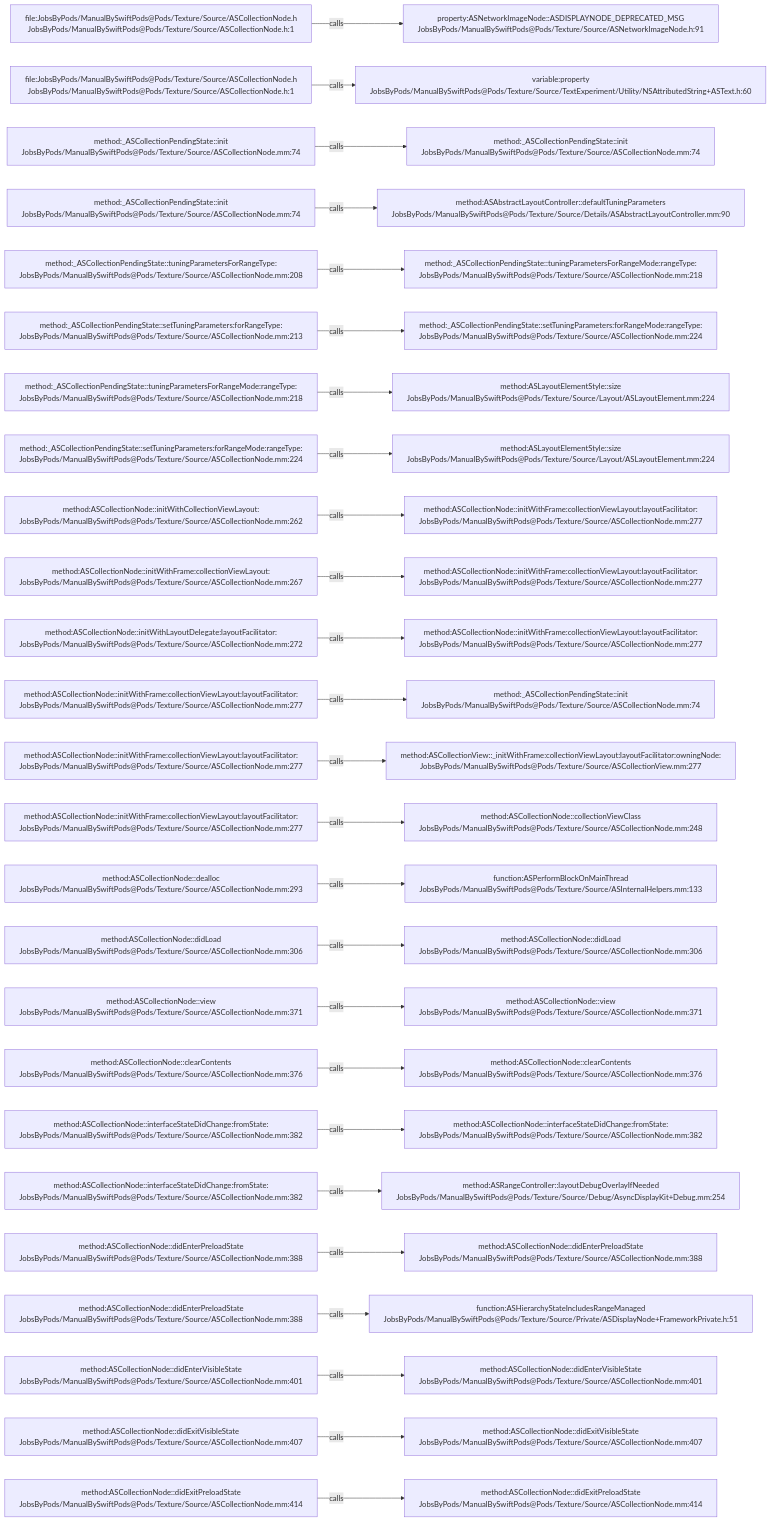
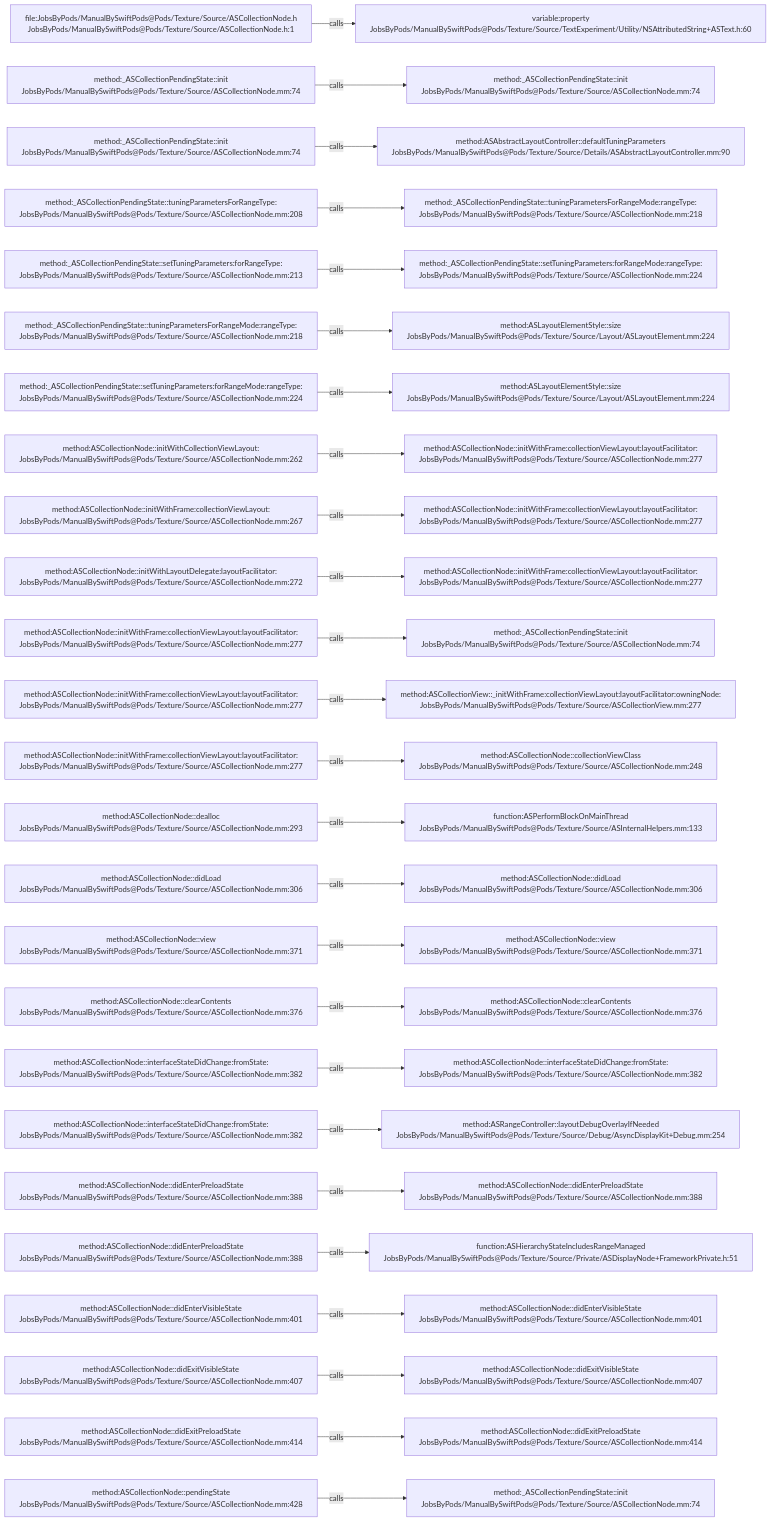
Before and after one commit to JobsKits/JobsSwiftBaseConfigDemo: the diagram in .codegraph/codegraph.md/graphs/calls-007.md, drawn with Mermaid. The commit also changed 747 other files, not shown here.

````diff
--- a/.codegraph/codegraph.md/graphs/calls-007.md
+++ b/.codegraph/codegraph.md/graphs/calls-007.md
@@ -13,78 +13,78 @@
 ```mermaid
 flowchart LR
   S1["file:JobsByPods/ManualBySwiftPods@Pods/Texture/Source/ASCollectionNode.h<br/>JobsByPods/ManualBySwiftPods@Pods/Texture/Source/ASCollectionNode.h:1"]
-  T1["property:ASNetworkImageNode::ASDISPLAYNODE_DEPRECATED_MSG<br/>JobsByPods/ManualBySwiftPods@Pods/Texture/Source/ASNetworkImageNode.h:91"]
+  T1["variable:property<br/>JobsByPods/ManualBySwiftPods@Pods/Texture/Source/TextExperiment/Utility/NSAttributedString+ASText.h:60"]
   S1 -->|calls| T1
-  S2["file:JobsByPods/ManualBySwiftPods@Pods/Texture/Source/ASCollectionNode.h<br/>JobsByPods/ManualBySwiftPods@Pods/Texture/Source/ASCollectionNode.h:1"]
-  T2["variable:property<br/>JobsByPods/ManualBySwiftPods@Pods/Texture/Source/TextExperiment/Utility/NSAttributedString+ASText.h:60"]
+  S2["method:_ASCollectionPendingState::init<br/>JobsByPods/ManualBySwiftPods@Pods/Texture/Source/ASCollectionNode.mm:74"]
+  T2["method:_ASCollectionPendingState::init<br/>JobsByPods/ManualBySwiftPods@Pods/Texture/Source/ASCollectionNode.mm:74"]
   S2 -->|calls| T2
   S3["method:_ASCollectionPendingState::init<br/>JobsByPods/ManualBySwiftPods@Pods/Texture/Source/ASCollectionNode.mm:74"]
-  T3["method:_ASCollectionPendingState::init<br/>JobsByPods/ManualBySwiftPods@Pods/Texture/Source/ASCollectionNode.mm:74"]
+  T3["method:ASAbstractLayoutController::defaultTuningParameters<br/>JobsByPods/ManualBySwiftPods@Pods/Texture/Source/Details/ASAbstractLayoutController.mm:90"]
   S3 -->|calls| T3
-  S4["method:_ASCollectionPendingState::init<br/>JobsByPods/ManualBySwiftPods@Pods/Texture/Source/ASCollectionNode.mm:74"]
-  T4["method:ASAbstractLayoutController::defaultTuningParameters<br/>JobsByPods/ManualBySwiftPods@Pods/Texture/Source/Details/ASAbstractLayoutController.mm:90"]
+  S4["method:_ASCollectionPendingState::tuningParametersForRangeType:<br/>JobsByPods/ManualBySwiftPods@Pods/Texture/Source/ASCollectionNode.mm:208"]
+  T4["method:_ASCollectionPendingState::tuningParametersForRangeMode:rangeType:<br/>JobsByPods/ManualBySwiftPods@Pods/Texture/Source/ASCollectionNode.mm:218"]
   S4 -->|calls| T4
-  S5["method:_ASCollectionPendingState::tuningParametersForRangeType:<br/>JobsByPods/ManualBySwiftPods@Pods/Texture/Source/ASCollectionNode.mm:208"]
-  T5["method:_ASCollectionPendingState::tuningParametersForRangeMode:rangeType:<br/>JobsByPods/ManualBySwiftPods@Pods/Texture/Source/ASCollectionNode.mm:218"]
+  S5["method:_ASCollectionPendingState::setTuningParameters:forRangeType:<br/>JobsByPods/ManualBySwiftPods@Pods/Texture/Source/ASCollectionNode.mm:213"]
+  T5["method:_ASCollectionPendingState::setTuningParameters:forRangeMode:rangeType:<br/>JobsByPods/ManualBySwiftPods@Pods/Texture/Source/ASCollectionNode.mm:224"]
   S5 -->|calls| T5
-  S6["method:_ASCollectionPendingState::setTuningParameters:forRangeType:<br/>JobsByPods/ManualBySwiftPods@Pods/Texture/Source/ASCollectionNode.mm:213"]
-  T6["method:_ASCollectionPendingState::setTuningParameters:forRangeMode:rangeType:<br/>JobsByPods/ManualBySwiftPods@Pods/Texture/Source/ASCollectionNode.mm:224"]
+  S6["method:_ASCollectionPendingState::tuningParametersForRangeMode:rangeType:<br/>JobsByPods/ManualBySwiftPods@Pods/Texture/Source/ASCollectionNode.mm:218"]
+  T6["method:ASLayoutElementStyle::size<br/>JobsByPods/ManualBySwiftPods@Pods/Texture/Source/Layout/ASLayoutElement.mm:224"]
   S6 -->|calls| T6
-  S7["method:_ASCollectionPendingState::tuningParametersForRangeMode:rangeType:<br/>JobsByPods/ManualBySwiftPods@Pods/Texture/Source/ASCollectionNode.mm:218"]
+  S7["method:_ASCollectionPendingState::setTuningParameters:forRangeMode:rangeType:<br/>JobsByPods/ManualBySwiftPods@Pods/Texture/Source/ASCollectionNode.mm:224"]
   T7["method:ASLayoutElementStyle::size<br/>JobsByPods/ManualBySwiftPods@Pods/Texture/Source/Layout/ASLayoutElement.mm:224"]
   S7 -->|calls| T7
-  S8["method:_ASCollectionPendingState::setTuningParameters:forRangeMode:rangeType:<br/>JobsByPods/ManualBySwiftPods@Pods/Texture/Source/ASCollectionNode.mm:224"]
-  T8["method:ASLayoutElementStyle::size<br/>JobsByPods/ManualBySwiftPods@Pods/Texture/Source/Layout/ASLayoutElement.mm:224"]
+  S8["method:ASCollectionNode::initWithCollectionViewLayout:<br/>JobsByPods/ManualBySwiftPods@Pods/Texture/Source/ASCollectionNode.mm:262"]
+  T8["method:ASCollectionNode::initWithFrame:collectionViewLayout:layoutFacilitator:<br/>JobsByPods/ManualBySwiftPods@Pods/Texture/Source/ASCollectionNode.mm:277"]
   S8 -->|calls| T8
-  S9["method:ASCollectionNode::initWithCollectionViewLayout:<br/>JobsByPods/ManualBySwiftPods@Pods/Texture/Source/ASCollectionNode.mm:262"]
+  S9["method:ASCollectionNode::initWithFrame:collectionViewLayout:<br/>JobsByPods/ManualBySwiftPods@Pods/Texture/Source/ASCollectionNode.mm:267"]
   T9["method:ASCollectionNode::initWithFrame:collectionViewLayout:layoutFacilitator:<br/>JobsByPods/ManualBySwiftPods@Pods/Texture/Source/ASCollectionNode.mm:277"]
   S9 -->|calls| T9
-  S10["method:ASCollectionNode::initWithFrame:collectionViewLayout:<br/>JobsByPods/ManualBySwiftPods@Pods/Texture/Source/ASCollectionNode.mm:267"]
+  S10["method:ASCollectionNode::initWithLayoutDelegate:layoutFacilitator:<br/>JobsByPods/ManualBySwiftPods@Pods/Texture/Source/ASCollectionNode.mm:272"]
   T10["method:ASCollectionNode::initWithFrame:collectionViewLayout:layoutFacilitator:<br/>JobsByPods/ManualBySwiftPods@Pods/Texture/Source/ASCollectionNode.mm:277"]
   S10 -->|calls| T10
-  S11["method:ASCollectionNode::initWithLayoutDelegate:layoutFacilitator:<br/>JobsByPods/ManualBySwiftPods@Pods/Texture/Source/ASCollectionNode.mm:272"]
-  T11["method:ASCollectionNode::initWithFrame:collectionViewLayout:layoutFacilitator:<br/>JobsByPods/ManualBySwiftPods@Pods/Texture/Source/ASCollectionNode.mm:277"]
+  S11["method:ASCollectionNode::initWithFrame:collectionViewLayout:layoutFacilitator:<br/>JobsByPods/ManualBySwiftPods@Pods/Texture/Source/ASCollectionNode.mm:277"]
+  T11["method:_ASCollectionPendingState::init<br/>JobsByPods/ManualBySwiftPods@Pods/Texture/Source/ASCollectionNode.mm:74"]
   S11 -->|calls| T11
   S12["method:ASCollectionNode::initWithFrame:collectionViewLayout:layoutFacilitator:<br/>JobsByPods/ManualBySwiftPods@Pods/Texture/Source/ASCollectionNode.mm:277"]
-  T12["method:_ASCollectionPendingState::init<br/>JobsByPods/ManualBySwiftPods@Pods/Texture/Source/ASCollectionNode.mm:74"]
+  T12["method:ASCollectionView::_initWithFrame:collectionViewLayout:layoutFacilitator:owningNode:<br/>JobsByPods/ManualBySwiftPods@Pods/Texture/Source/ASCollectionView.mm:277"]
   S12 -->|calls| T12
   S13["method:ASCollectionNode::initWithFrame:collectionViewLayout:layoutFacilitator:<br/>JobsByPods/ManualBySwiftPods@Pods/Texture/Source/ASCollectionNode.mm:277"]
-  T13["method:ASCollectionView::_initWithFrame:collectionViewLayout:layoutFacilitator:owningNode:<br/>JobsByPods/ManualBySwiftPods@Pods/Texture/Source/ASCollectionView.mm:277"]
+  T13["method:ASCollectionNode::collectionViewClass<br/>JobsByPods/ManualBySwiftPods@Pods/Texture/Source/ASCollectionNode.mm:248"]
   S13 -->|calls| T13
-  S14["method:ASCollectionNode::initWithFrame:collectionViewLayout:layoutFacilitator:<br/>JobsByPods/ManualBySwiftPods@Pods/Texture/Source/ASCollectionNode.mm:277"]
-  T14["method:ASCollectionNode::collectionViewClass<br/>JobsByPods/ManualBySwiftPods@Pods/Texture/Source/ASCollectionNode.mm:248"]
+  S14["method:ASCollectionNode::dealloc<br/>JobsByPods/ManualBySwiftPods@Pods/Texture/Source/ASCollectionNode.mm:293"]
+  T14["function:ASPerformBlockOnMainThread<br/>JobsByPods/ManualBySwiftPods@Pods/Texture/Source/ASInternalHelpers.mm:133"]
   S14 -->|calls| T14
-  S15["method:ASCollectionNode::dealloc<br/>JobsByPods/ManualBySwiftPods@Pods/Texture/Source/ASCollectionNode.mm:293"]
-  T15["function:ASPerformBlockOnMainThread<br/>JobsByPods/ManualBySwiftPods@Pods/Texture/Source/ASInternalHelpers.mm:133"]
+  S15["method:ASCollectionNode::didLoad<br/>JobsByPods/ManualBySwiftPods@Pods/Texture/Source/ASCollectionNode.mm:306"]
+  T15["method:ASCollectionNode::didLoad<br/>JobsByPods/ManualBySwiftPods@Pods/Texture/Source/ASCollectionNode.mm:306"]
   S15 -->|calls| T15
-  S16["method:ASCollectionNode::didLoad<br/>JobsByPods/ManualBySwiftPods@Pods/Texture/Source/ASCollectionNode.mm:306"]
-  T16["method:ASCollectionNode::didLoad<br/>JobsByPods/ManualBySwiftPods@Pods/Texture/Source/ASCollectionNode.mm:306"]
+  S16["method:ASCollectionNode::view<br/>JobsByPods/ManualBySwiftPods@Pods/Texture/Source/ASCollectionNode.mm:371"]
+  T16["method:ASCollectionNode::view<br/>JobsByPods/ManualBySwiftPods@Pods/Texture/Source/ASCollectionNode.mm:371"]
   S16 -->|calls| T16
-  S17["method:ASCollectionNode::view<br/>JobsByPods/ManualBySwiftPods@Pods/Texture/Source/ASCollectionNode.mm:371"]
-  T17["method:ASCollectionNode::view<br/>JobsByPods/ManualBySwiftPods@Pods/Texture/Source/ASCollectionNode.mm:371"]
+  S17["method:ASCollectionNode::clearContents<br/>JobsByPods/ManualBySwiftPods@Pods/Texture/Source/ASCollectionNode.mm:376"]
+  T17["method:ASCollectionNode::clearContents<br/>JobsByPods/ManualBySwiftPods@Pods/Texture/Source/ASCollectionNode.mm:376"]
   S17 -->|calls| T17
-  S18["method:ASCollectionNode::clearContents<br/>JobsByPods/ManualBySwiftPods@Pods/Texture/Source/ASCollectionNode.mm:376"]
-  T18["method:ASCollectionNode::clearContents<br/>JobsByPods/ManualBySwiftPods@Pods/Texture/Source/ASCollectionNode.mm:376"]
+  S18["method:ASCollectionNode::interfaceStateDidChange:fromState:<br/>JobsByPods/ManualBySwiftPods@Pods/Texture/Source/ASCollectionNode.mm:382"]
+  T18["method:ASCollectionNode::interfaceStateDidChange:fromState:<br/>JobsByPods/ManualBySwiftPods@Pods/Texture/Source/ASCollectionNode.mm:382"]
   S18 -->|calls| T18
   S19["method:ASCollectionNode::interfaceStateDidChange:fromState:<br/>JobsByPods/ManualBySwiftPods@Pods/Texture/Source/ASCollectionNode.mm:382"]
-  T19["method:ASCollectionNode::interfaceStateDidChange:fromState:<br/>JobsByPods/ManualBySwiftPods@Pods/Texture/Source/ASCollectionNode.mm:382"]
+  T19["method:ASRangeController::layoutDebugOverlayIfNeeded<br/>JobsByPods/ManualBySwiftPods@Pods/Texture/Source/Debug/AsyncDisplayKit+Debug.mm:254"]
   S19 -->|calls| T19
-  S20["method:ASCollectionNode::interfaceStateDidChange:fromState:<br/>JobsByPods/ManualBySwiftPods@Pods/Texture/Source/ASCollectionNode.mm:382"]
-  T20["method:ASRangeController::layoutDebugOverlayIfNeeded<br/>JobsByPods/ManualBySwiftPods@Pods/Texture/Source/Debug/AsyncDisplayKit+Debug.mm:254"]
+  S20["method:ASCollectionNode::didEnterPreloadState<br/>JobsByPods/ManualBySwiftPods@Pods/Texture/Source/ASCollectionNode.mm:388"]
+  T20["method:ASCollectionNode::didEnterPreloadState<br/>JobsByPods/ManualBySwiftPods@Pods/Texture/Source/ASCollectionNode.mm:388"]
   S20 -->|calls| T20
   S21["method:ASCollectionNode::didEnterPreloadState<br/>JobsByPods/ManualBySwiftPods@Pods/Texture/Source/ASCollectionNode.mm:388"]
-  T21["method:ASCollectionNode::didEnterPreloadState<br/>JobsByPods/ManualBySwiftPods@Pods/Texture/Source/ASCollectionNode.mm:388"]
+  T21["function:ASHierarchyStateIncludesRangeManaged<br/>JobsByPods/ManualBySwiftPods@Pods/Texture/Source/Private/ASDisplayNode+FrameworkPrivate.h:51"]
   S21 -->|calls| T21
-  S22["method:ASCollectionNode::didEnterPreloadState<br/>JobsByPods/ManualBySwiftPods@Pods/Texture/Source/ASCollectionNode.mm:388"]
-  T22["function:ASHierarchyStateIncludesRangeManaged<br/>JobsByPods/ManualBySwiftPods@Pods/Texture/Source/Private/ASDisplayNode+FrameworkPrivate.h:51"]
+  S22["method:ASCollectionNode::didEnterVisibleState<br/>JobsByPods/ManualBySwiftPods@Pods/Texture/Source/ASCollectionNode.mm:401"]
+  T22["method:ASCollectionNode::didEnterVisibleState<br/>JobsByPods/ManualBySwiftPods@Pods/Texture/Source/ASCollectionNode.mm:401"]
   S22 -->|calls| T22
-  S23["method:ASCollectionNode::didEnterVisibleState<br/>JobsByPods/ManualBySwiftPods@Pods/Texture/Source/ASCollectionNode.mm:401"]
-  T23["method:ASCollectionNode::didEnterVisibleState<br/>JobsByPods/ManualBySwiftPods@Pods/Texture/Source/ASCollectionNode.mm:401"]
+  S23["method:ASCollectionNode::didExitVisibleState<br/>JobsByPods/ManualBySwiftPods@Pods/Texture/Source/ASCollectionNode.mm:407"]
+  T23["method:ASCollectionNode::didExitVisibleState<br/>JobsByPods/ManualBySwiftPods@Pods/Texture/Source/ASCollectionNode.mm:407"]
   S23 -->|calls| T23
-  S24["method:ASCollectionNode::didExitVisibleState<br/>JobsByPods/ManualBySwiftPods@Pods/Texture/Source/ASCollectionNode.mm:407"]
-  T24["method:ASCollectionNode::didExitVisibleState<br/>JobsByPods/ManualBySwiftPods@Pods/Texture/Source/ASCollectionNode.mm:407"]
+  S24["method:ASCollectionNode::didExitPreloadState<br/>JobsByPods/ManualBySwiftPods@Pods/Texture/Source/ASCollectionNode.mm:414"]
+  T24["method:ASCollectionNode::didExitPreloadState<br/>JobsByPods/ManualBySwiftPods@Pods/Texture/Source/ASCollectionNode.mm:414"]
   S24 -->|calls| T24
-  S25["method:ASCollectionNode::didExitPreloadState<br/>JobsByPods/ManualBySwiftPods@Pods/Texture/Source/ASCollectionNode.mm:414"]
-  T25["method:ASCollectionNode::didExitPreloadState<br/>JobsByPods/ManualBySwiftPods@Pods/Texture/Source/ASCollectionNode.mm:414"]
+  S25["method:ASCollectionNode::pendingState<br/>JobsByPods/ManualBySwiftPods@Pods/Texture/Source/ASCollectionNode.mm:428"]
+  T25["method:_ASCollectionPendingState::init<br/>JobsByPods/ManualBySwiftPods@Pods/Texture/Source/ASCollectionNode.mm:74"]
   S25 -->|calls| T25
 ```
````
